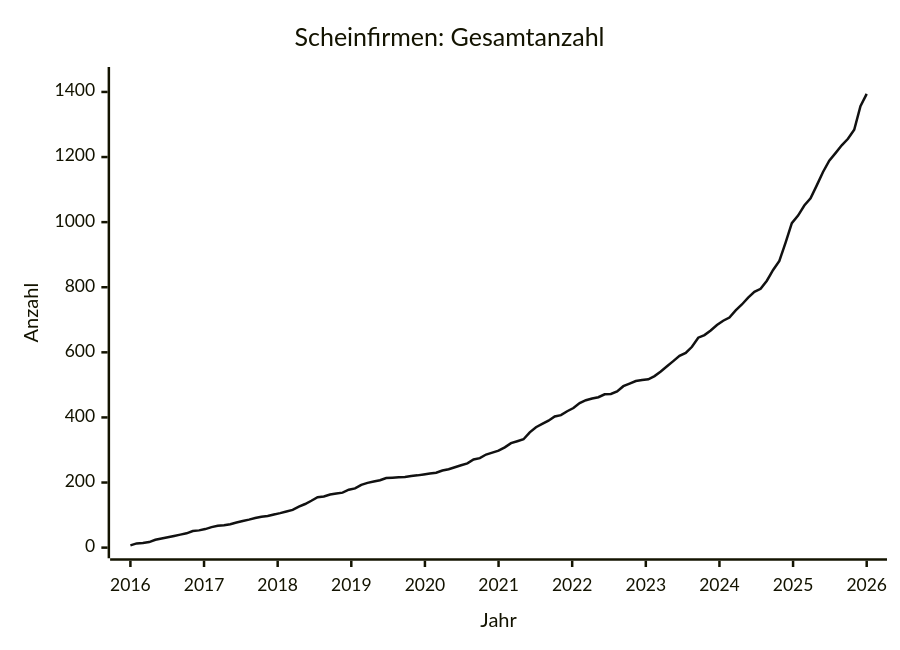
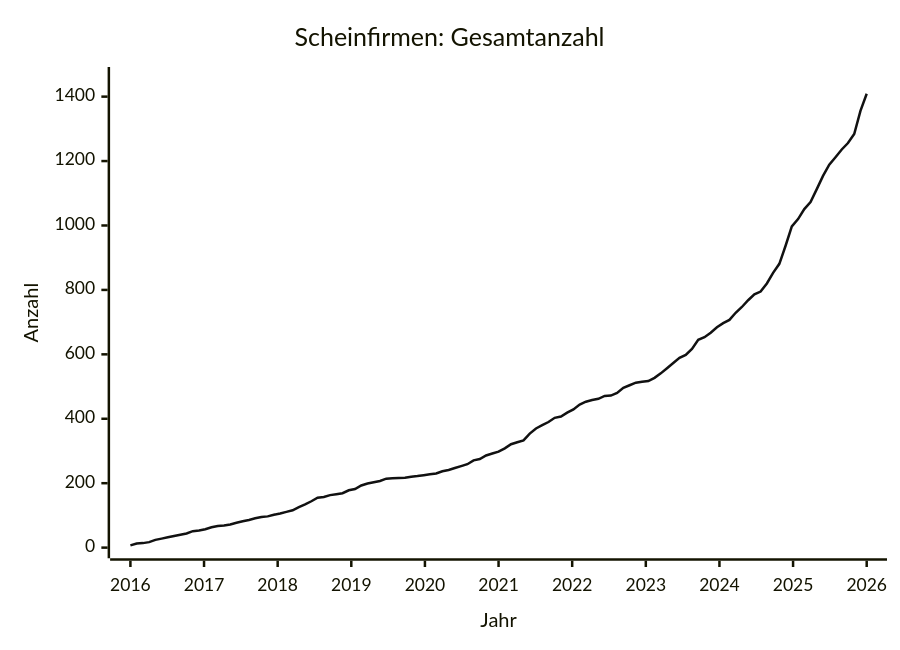
Before and after one commit to arjoma/scheinfirmen-at: the diagram in data/STATS.md, drawn with Mermaid. The commit also changed other lines of this file and 4 other files, not shown here.

````diff
--- a/data/STATS.md
+++ b/data/STATS.md
@@ -9,13 +9,13 @@
 ```mermaid
 ---
 config:
   themeVariables:
     xyChart:
       plotColorPalette: "#111111"
 ---
 xychart-beta
     title "Scheinfirmen: Gesamtanzahl"
     x-axis "Jahr" 2016 --> 2026
-    y-axis "Anzahl" 0 --> 1444
-    line [7, 13, 14, 17, 24, 28, 32, 36, 40, 44, 51, 53, 57, 63, 67, 69, 72, 77, 82, 86, 91, 95, 97, 102, 106, 111, 116, 126, 134, 144, 155, 157, 163, 166, 169, 178, 182, 193, 199, 203, 207, 214, 215, 216, 217, 220, 222, 225, 228, 230, 237, 241, 247, 253, 259, 271, 275, 286, 292, 298, 308, 321, 327, 333, 354, 370, 380, 390, 403, 407, 419, 429, 444, 453, 458, 462, 471, 472, 480, 496, 504, 512, 515, 517, 527, 541, 557, 573, 589, 598, 617, 645, 653, 667, 684, 697, 707, 729, 747, 768, 786, 795, 820, 853, 881, 937, 997, 1020, 1051, 1073, 1113, 1154, 1189, 1212, 1236, 1256, 1284, 1356, 1394]
+    y-axis "Anzahl" 0 --> 1459
+    line [7, 13, 14, 17, 24, 28, 32, 36, 40, 44, 51, 53, 57, 63, 67, 69, 72, 77, 82, 86, 91, 95, 97, 102, 106, 111, 116, 126, 134, 144, 155, 157, 163, 166, 169, 178, 182, 193, 199, 203, 207, 214, 215, 216, 217, 220, 222, 225, 228, 230, 237, 241, 247, 253, 259, 271, 275, 286, 292, 298, 308, 321, 327, 333, 354, 370, 380, 390, 403, 407, 419, 429, 444, 453, 458, 462, 471, 472, 480, 496, 504, 512, 515, 517, 527, 541, 557, 573, 589, 598, 617, 645, 653, 667, 684, 697, 707, 729, 747, 768, 786, 795, 820, 853, 881, 937, 997, 1020, 1051, 1073, 1113, 1154, 1189, 1212, 1236, 1256, 1284, 1356, 1409]
 ```
````
